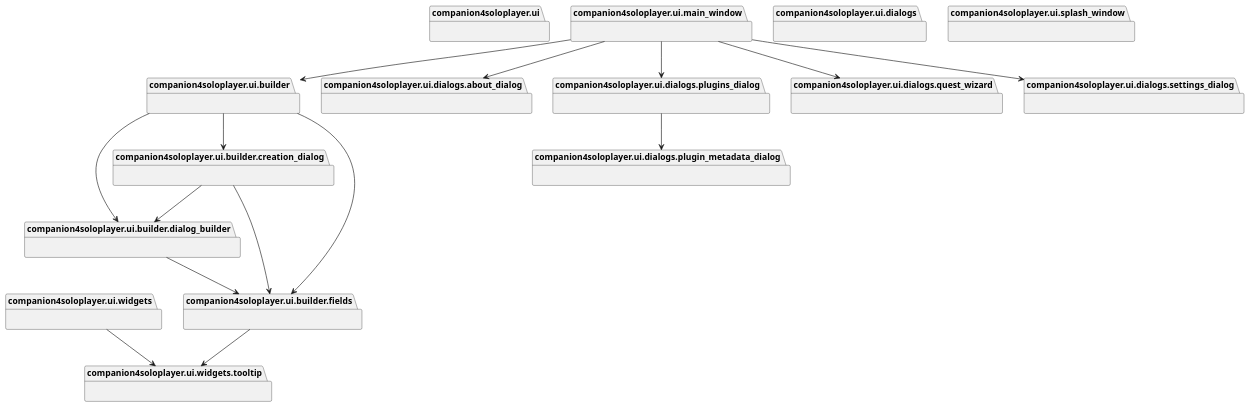
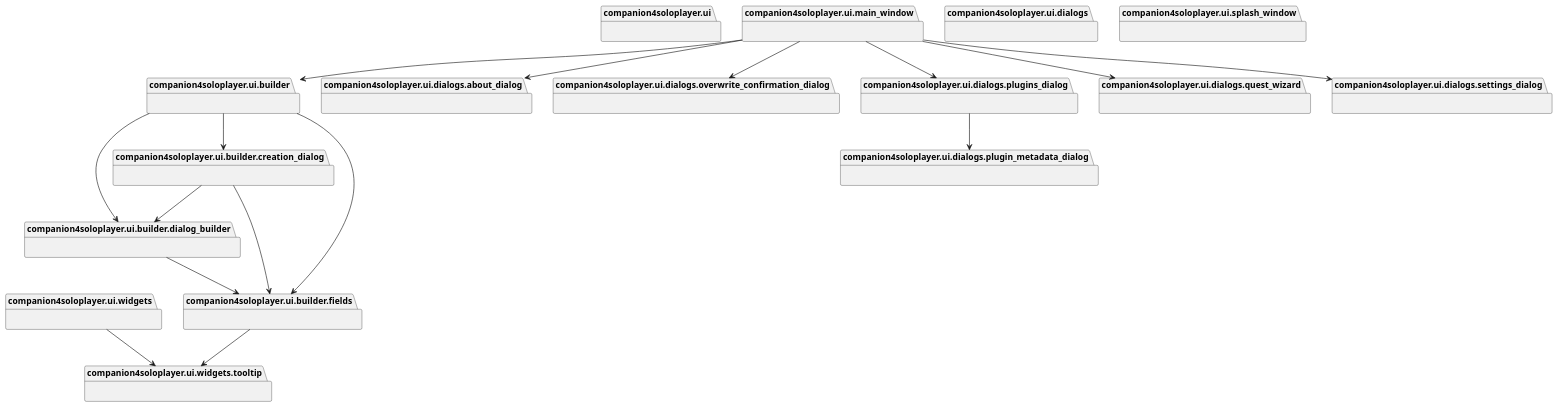
One commit to ultra-sonic-28/companion4soloplayer changed the diagram in docs/assets/diagrams/packages_companion4soloplayer_ui.plantuml. Above: the diagram before and after it, drawn with PlantUML. The commit also changed 19 other files, not shown here.

```diff
--- a/docs/assets/diagrams/packages_companion4soloplayer_ui.plantuml
+++ b/docs/assets/diagrams/packages_companion4soloplayer_ui.plantuml
@@ -1,47 +1,50 @@
 @startuml packages_companion4soloplayer_ui
 set namespaceSeparator none
 package "companion4soloplayer.ui" as companion4soloplayer.ui {
 }
 package "companion4soloplayer.ui.builder" as companion4soloplayer.ui.builder {
 }
 package "companion4soloplayer.ui.builder.creation_dialog" as companion4soloplayer.ui.builder.creation_dialog {
 }
 package "companion4soloplayer.ui.builder.dialog_builder" as companion4soloplayer.ui.builder.dialog_builder {
 }
 package "companion4soloplayer.ui.builder.fields" as companion4soloplayer.ui.builder.fields {
 }
 package "companion4soloplayer.ui.dialogs" as companion4soloplayer.ui.dialogs {
 }
 package "companion4soloplayer.ui.dialogs.about_dialog" as companion4soloplayer.ui.dialogs.about_dialog {
+}
+package "companion4soloplayer.ui.dialogs.overwrite_confirmation_dialog" as companion4soloplayer.ui.dialogs.overwrite_confirmation_dialog {
 }
 package "companion4soloplayer.ui.dialogs.plugin_metadata_dialog" as companion4soloplayer.ui.dialogs.plugin_metadata_dialog {
 }
 package "companion4soloplayer.ui.dialogs.plugins_dialog" as companion4soloplayer.ui.dialogs.plugins_dialog {
 }
 package "companion4soloplayer.ui.dialogs.quest_wizard" as companion4soloplayer.ui.dialogs.quest_wizard {
 }
 package "companion4soloplayer.ui.dialogs.settings_dialog" as companion4soloplayer.ui.dialogs.settings_dialog {
 }
 package "companion4soloplayer.ui.main_window" as companion4soloplayer.ui.main_window {
 }
 package "companion4soloplayer.ui.splash_window" as companion4soloplayer.ui.splash_window {
 }
 package "companion4soloplayer.ui.widgets" as companion4soloplayer.ui.widgets {
 }
 package "companion4soloplayer.ui.widgets.tooltip" as companion4soloplayer.ui.widgets.tooltip {
 }
 companion4soloplayer.ui.builder --> companion4soloplayer.ui.builder.creation_dialog
 companion4soloplayer.ui.builder --> companion4soloplayer.ui.builder.dialog_builder
 companion4soloplayer.ui.builder --> companion4soloplayer.ui.builder.fields
 companion4soloplayer.ui.builder.creation_dialog --> companion4soloplayer.ui.builder.dialog_builder
 companion4soloplayer.ui.builder.creation_dialog --> companion4soloplayer.ui.builder.fields
 companion4soloplayer.ui.builder.dialog_builder --> companion4soloplayer.ui.builder.fields
 companion4soloplayer.ui.builder.fields --> companion4soloplayer.ui.widgets.tooltip
 companion4soloplayer.ui.dialogs.plugins_dialog --> companion4soloplayer.ui.dialogs.plugin_metadata_dialog
 companion4soloplayer.ui.main_window --> companion4soloplayer.ui.builder
 companion4soloplayer.ui.main_window --> companion4soloplayer.ui.dialogs.about_dialog
+companion4soloplayer.ui.main_window --> companion4soloplayer.ui.dialogs.overwrite_confirmation_dialog
 companion4soloplayer.ui.main_window --> companion4soloplayer.ui.dialogs.plugins_dialog
 companion4soloplayer.ui.main_window --> companion4soloplayer.ui.dialogs.quest_wizard
 companion4soloplayer.ui.main_window --> companion4soloplayer.ui.dialogs.settings_dialog
 companion4soloplayer.ui.widgets --> companion4soloplayer.ui.widgets.tooltip
 @enduml
```
